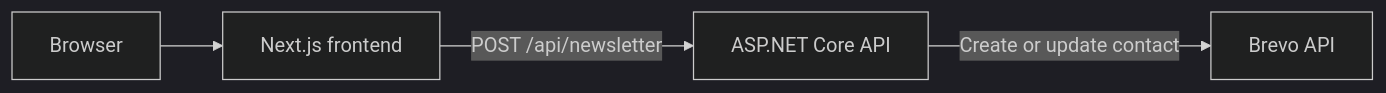
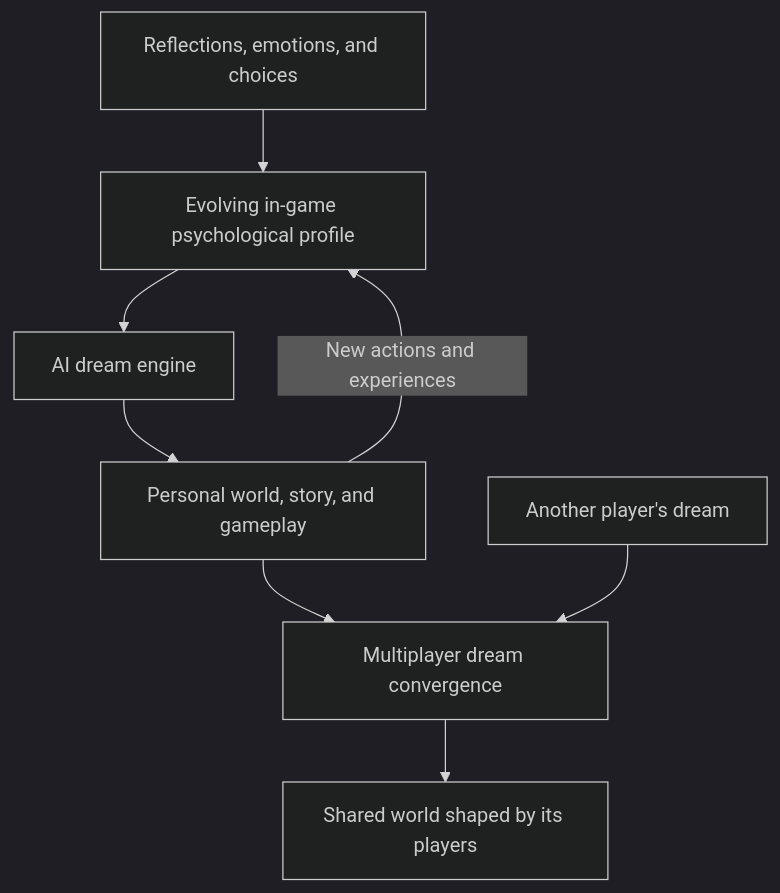
One commit to Nicole2137/Yuume changed the diagram in README.md. Above: the diagram before and after it, drawn with Mermaid (dark theme). The commit also changed other lines of this file, not shown here.

````diff
--- a/README.md
+++ b/README.md
@@ -80,6 +96,10 @@
 ```mermaid
-flowchart LR
-    A["Browser"] --> B["Next.js frontend"]
-    B -->|"POST /api/newsletter"| C["ASP.NET Core API"]
-    C -->|"Create or update contact"| D["Brevo API"]
+flowchart TB
+    A["Reflections, emotions, and choices"] --> B["Evolving in-game psychological profile"]
+    B --> C["AI dream engine"]
+    C --> D["Personal world, story, and gameplay"]
+    D -->|"New actions and experiences"| B
+    D --> E["Multiplayer dream convergence"]
+    F["Another player's dream"] --> E
+    E --> G["Shared world shaped by its players"]
 ```
````
